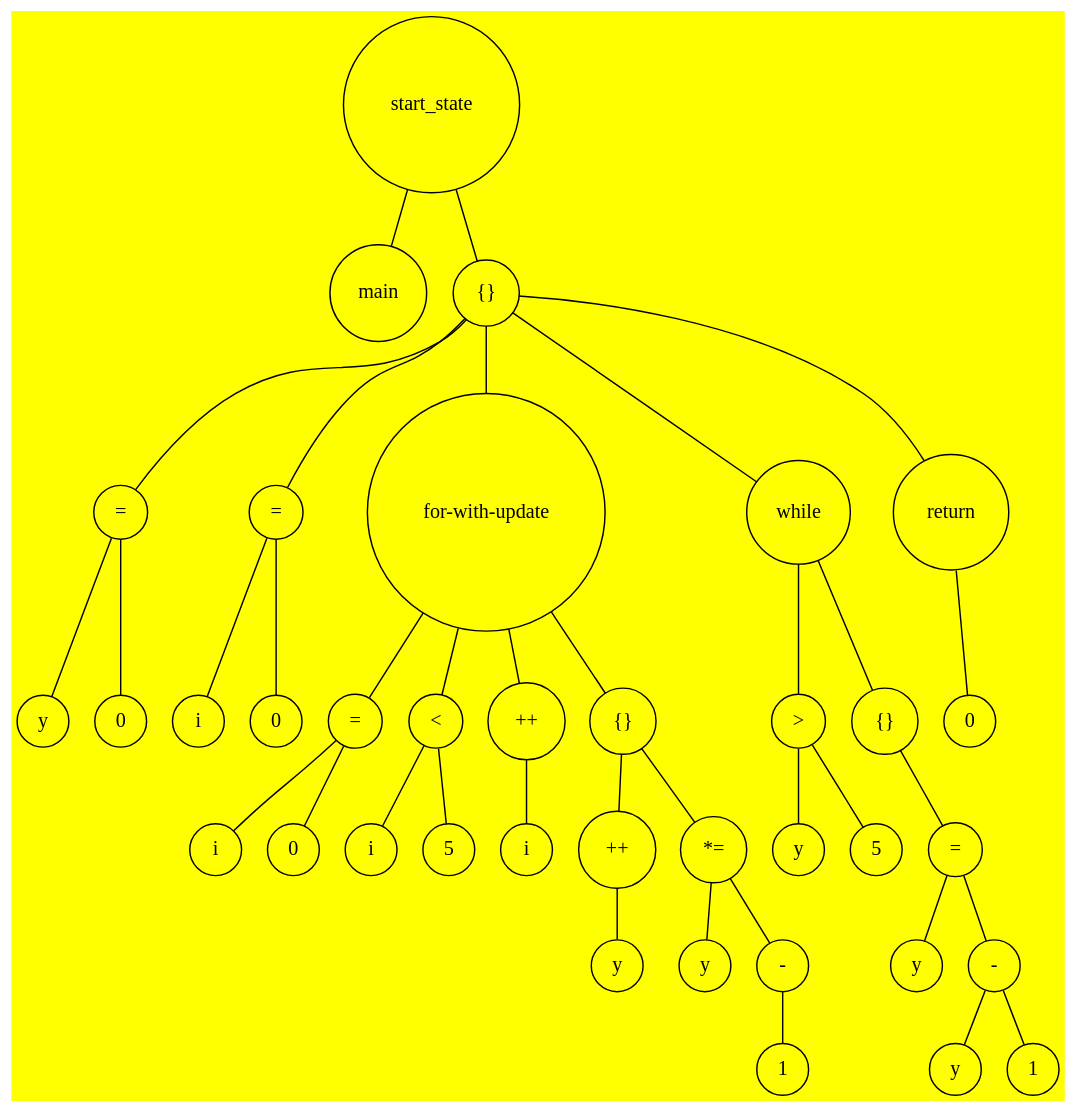
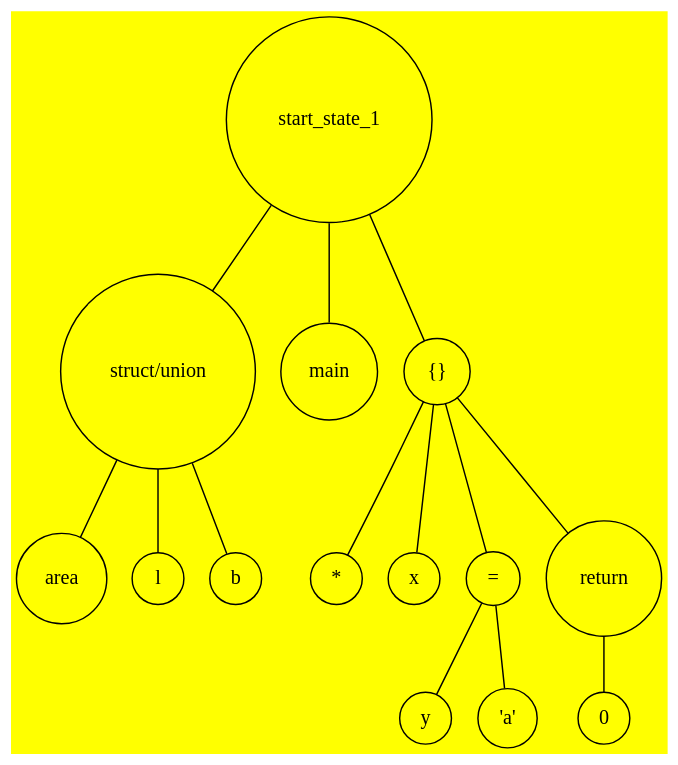
One commit to somupra/CS335-G9 changed the diagram in output_raw.dot. Above: the diagram before and after it, drawn with Graphviz. The commit also changed 5 other files, not shown here.

```diff
--- a/output_raw.dot
+++ b/output_raw.dot
@@ -1,76 +1,30 @@
 graph my_graph {
 bgcolor=yellow;
-0 [label=start_state, shape=circle];
-1 [label=main, shape=circle];
+0 [label=start_state_1, shape=circle];
+1 [label="struct/union", shape=circle];
 0 -- 1;
-2 [label="{}", shape=circle];
-0 -- 2;
-3 [label="=", shape=circle];
-2 -- 3;
-4 [label=y, shape=circle];
-3 -- 4;
-5 [label=0, shape=circle];
-3 -- 5;
-6 [label="=", shape=circle];
-2 -- 6;
-7 [label=i, shape=circle];
+2 [label=area, shape=circle];
+1 -- 2;
+3 [label=l, shape=circle];
+1 -- 3;
+4 [label=b, shape=circle];
+1 -- 4;
+5 [label=main, shape=circle];
+0 -- 5;
+6 [label="{}", shape=circle];
+0 -- 6;
+7 [label="*", shape=circle];
 6 -- 7;
-8 [label=0, shape=circle];
+8 [label=x, shape=circle];
 6 -- 8;
-9 [label="for-with-update", shape=circle];
-2 -- 9;
-10 [label="=", shape=circle];
+9 [label="=", shape=circle];
+6 -- 9;
+10 [label=y, shape=circle];
 9 -- 10;
-11 [label=i, shape=circle];
-10 -- 11;
-12 [label=0, shape=circle];
-10 -- 12;
-13 [label="<", shape=circle];
-9 -- 13;
-14 [label=i, shape=circle];
-13 -- 14;
-15 [label=5, shape=circle];
-13 -- 15;
-16 [label="++", shape=circle];
-9 -- 16;
-17 [label=i, shape=circle];
-16 -- 17;
-18 [label="{}", shape=circle];
-9 -- 18;
-19 [label="++", shape=circle];
-18 -- 19;
-20 [label=y, shape=circle];
-19 -- 20;
-21 [label="*=", shape=circle];
-18 -- 21;
-22 [label=y, shape=circle];
-21 -- 22;
-23 [label="-", shape=circle];
-21 -- 23;
-24 [label=1, shape=circle];
-23 -- 24;
-25 [label=while, shape=circle];
-2 -- 25;
-26 [label=">", shape=circle];
-25 -- 26;
-27 [label=y, shape=circle];
-26 -- 27;
-28 [label=5, shape=circle];
-26 -- 28;
-29 [label="{}", shape=circle];
-25 -- 29;
-30 [label="=", shape=circle];
-29 -- 30;
-31 [label=y, shape=circle];
-30 -- 31;
-32 [label="-", shape=circle];
-30 -- 32;
-33 [label=y, shape=circle];
-32 -- 33;
-34 [label=1, shape=circle];
-32 -- 34;
-35 [label=return, shape=circle];
-2 -- 35;
-36 [label=0, shape=circle];
-35 -- 36;
+11 [label="'a'", shape=circle];
+9 -- 11;
+12 [label=return, shape=circle];
+6 -- 12;
+13 [label=0, shape=circle];
+12 -- 13;
 }
```
